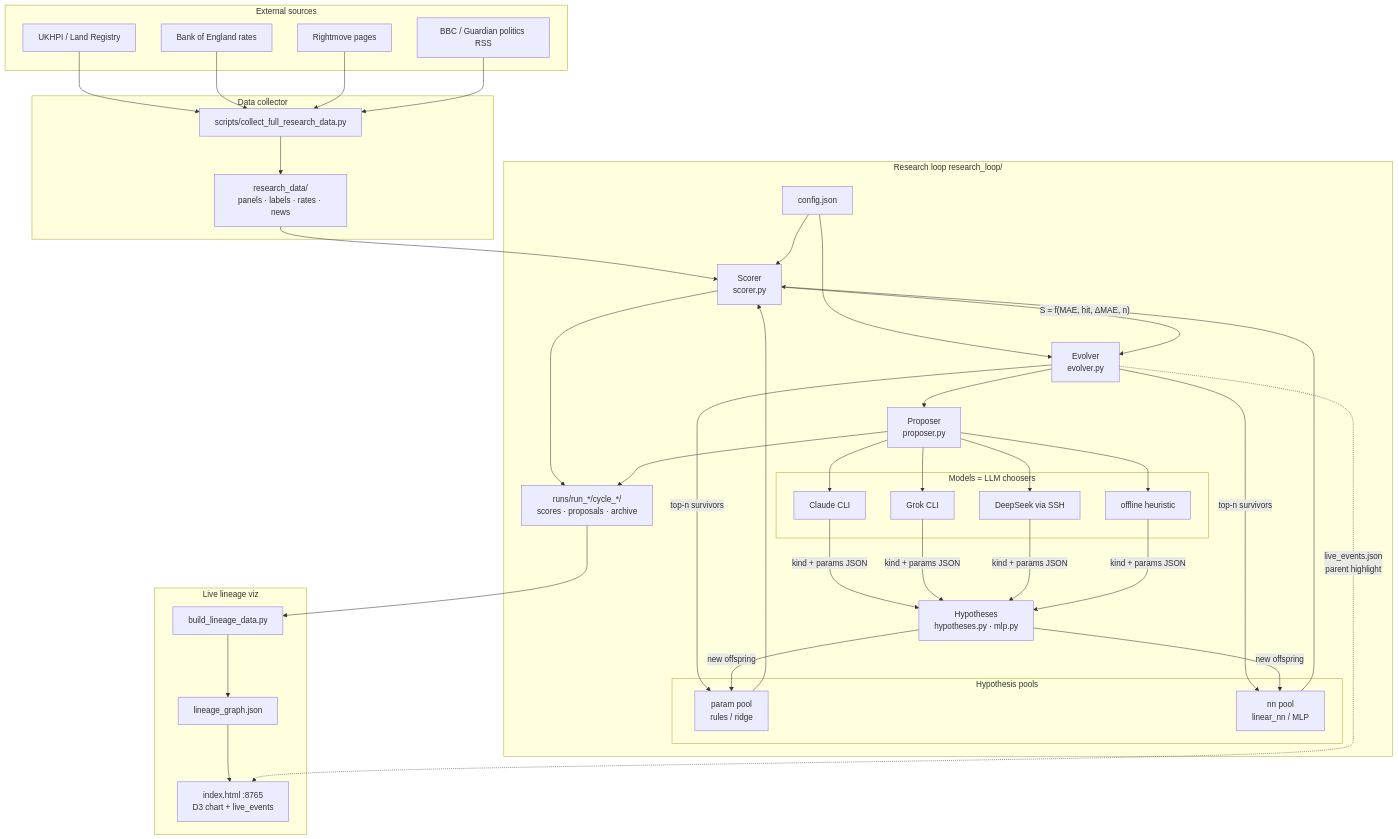
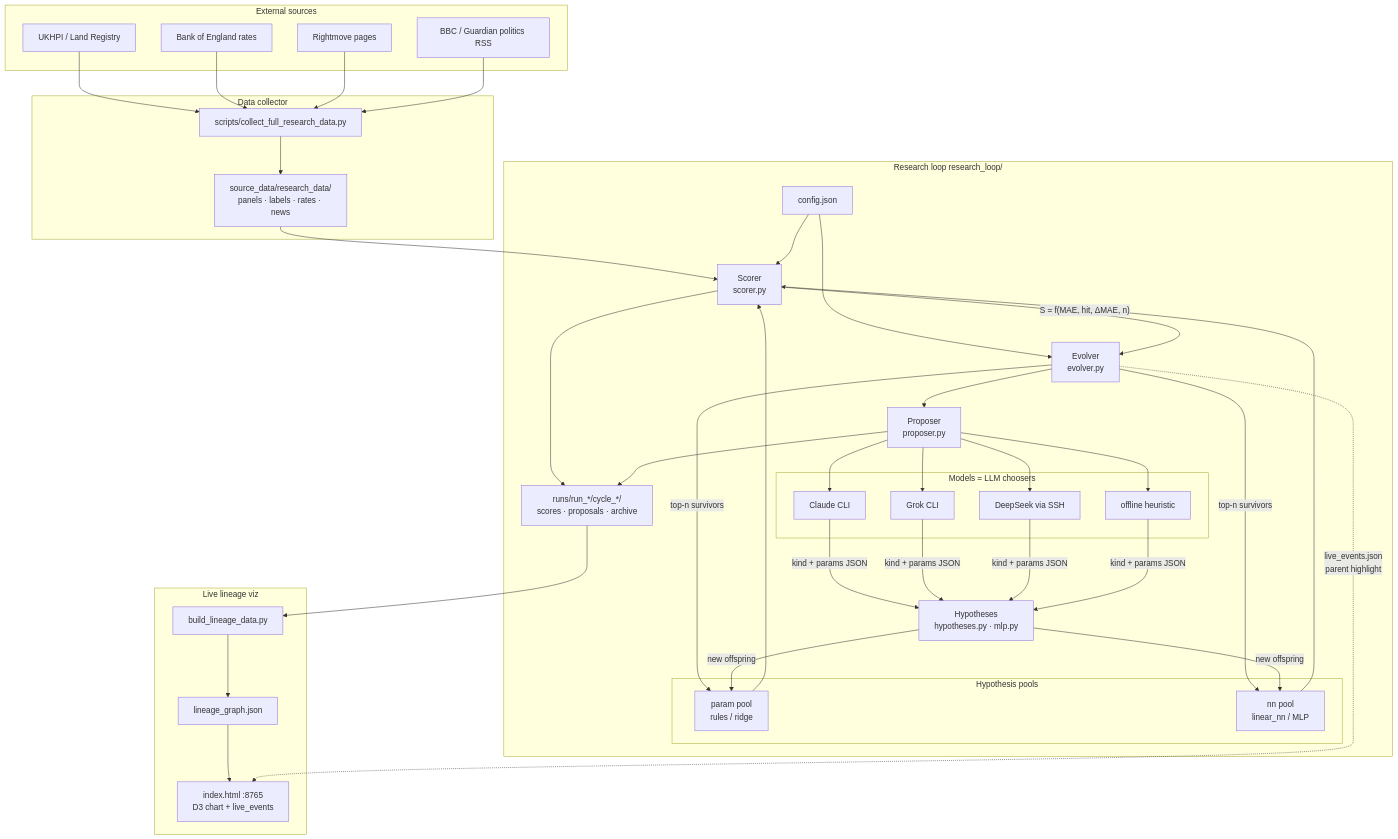
Before and after one commit to lucastsui/ModelSoup: the first of 3 diagrams in docs/ARCHITECTURE.md, drawn with Mermaid. The commit also changed other lines of this file and 42 other files, not shown here.

First line of the commit message:
Group all source datasets under source_data/

````diff
--- a/docs/ARCHITECTURE.md
+++ b/docs/ARCHITECTURE.md
@@ -12,67 +12,67 @@
 ```mermaid
 flowchart TB
   subgraph External["External sources"]
     UKHPI["UKHPI / Land Registry"]
     BOE["Bank of England rates"]
     RM["Rightmove pages"]
     NEWS["BBC / Guardian politics RSS"]
   end
 
   subgraph Collect["Data collector"]
     COL["scripts/collect_full_research_data.py"]
-    RD["research_data/\npanels · labels · rates · news"]
+    RD["source_data/research_data/\npanels · labels · rates · news"]
   end
 
   subgraph Loop["Research loop  research_loop/"]
     CFG["config.json"]
 
     subgraph Pools["Hypothesis pools"]
       PP["param pool\nrules / ridge"]
       NP["nn pool\nlinear_nn / MLP"]
     end
 
     SC["Scorer\nscorer.py"]
     EV["Evolver\nevolver.py"]
     PR["Proposer\nproposer.py"]
 
     subgraph LLMs["Models = LLM choosers"]
       CL["Claude CLI"]
       GR["Grok CLI"]
       DS["DeepSeek via SSH"]
       OH["offline heuristic"]
     end
 
     HYP["Hypotheses\nhypotheses.py · mlp.py"]
     RUNS["runs/run_*/cycle_*/\nscores · proposals · archive"]
   end
 
   subgraph Viz["Live lineage viz"]
     BL["build_lineage_data.py"]
     LG["lineage_graph.json"]
     WEB["index.html :8765\nD3 chart + live_events"]
   end
 
   UKHPI --> COL
   BOE --> COL
   RM --> COL
   NEWS --> COL
   COL --> RD
   RD --> SC
   CFG --> EV
   CFG --> SC
 
   PP --> SC
   NP --> SC
   SC -->|"S = f(MAE, hit, ΔMAE, n)"| EV
   EV -->|"top-n survivors"| PP
   EV -->|"top-n survivors"| NP
   EV --> PR
   PR --> CL & GR & DS & OH
   CL & GR & DS & OH -->|"kind + params JSON"| HYP
   HYP -->|"new offspring"| PP
   HYP -->|"new offspring"| NP
   SC --> RUNS
   PR --> RUNS
   RUNS --> BL --> LG --> WEB
   EV -.->|"live_events.json\nparent highlight"| WEB
 ```
````
